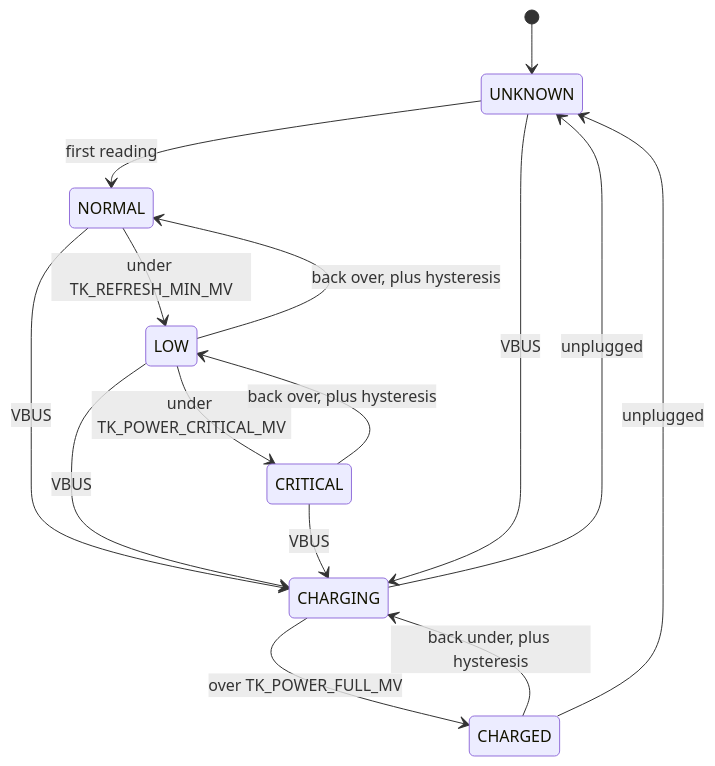
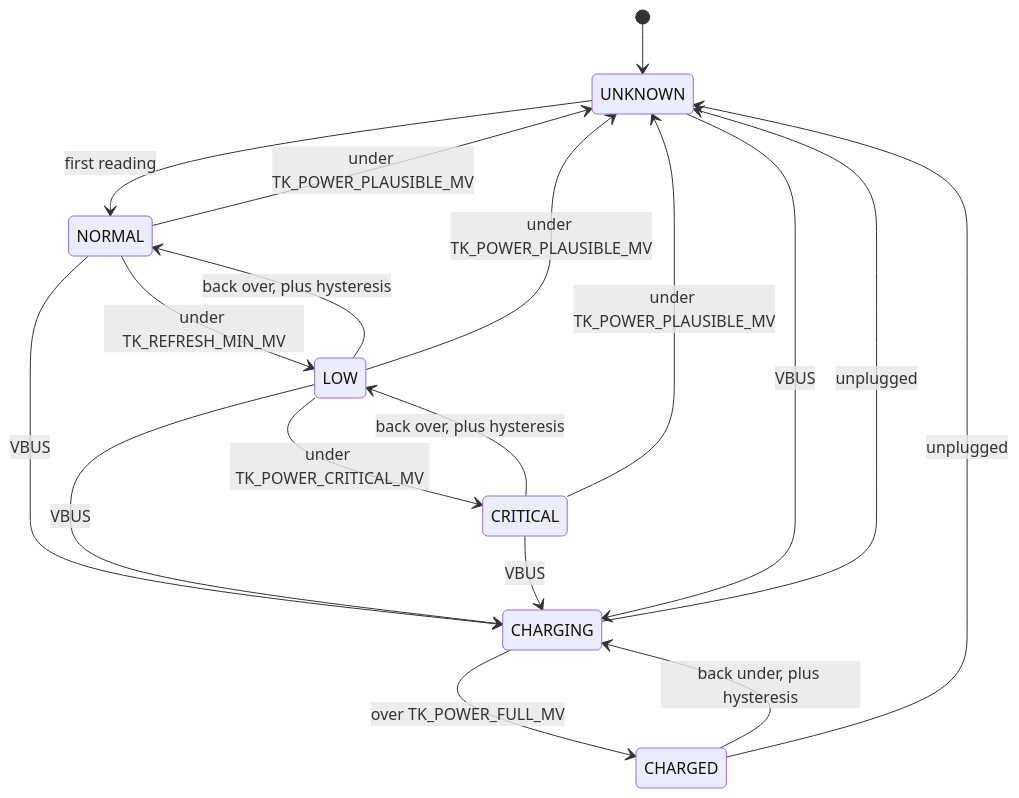
Diagram 12 of 17 in docs/firmware_architecture.md (giacomomellone/cicala), drawn with Mermaid before and after one commit. The commit also changed other lines of this file and 4 other files, not shown here.

````diff
--- a/docs/firmware_architecture.md
+++ b/docs/firmware_architecture.md
@@ -797,18 +797,22 @@
 ```mermaid
 stateDiagram-v2
     [*] --> UNKNOWN
     UNKNOWN --> NORMAL: first reading
     NORMAL --> LOW: under TK_REFRESH_MIN_MV
     LOW --> CRITICAL: under TK_POWER_CRITICAL_MV
     CRITICAL --> LOW: back over, plus hysteresis
     LOW --> NORMAL: back over, plus hysteresis
+
+    NORMAL --> UNKNOWN: under TK_POWER_PLAUSIBLE_MV
+    LOW --> UNKNOWN: under TK_POWER_PLAUSIBLE_MV
+    CRITICAL --> UNKNOWN: under TK_POWER_PLAUSIBLE_MV
 
     NORMAL --> CHARGING: VBUS
     LOW --> CHARGING: VBUS
     CRITICAL --> CHARGING: VBUS
     UNKNOWN --> CHARGING: VBUS
     CHARGING --> CHARGED: over TK_POWER_FULL_MV
     CHARGED --> CHARGING: back under, plus hysteresis
     CHARGING --> UNKNOWN: unplugged
     CHARGED --> UNKNOWN: unplugged
 ```
````
